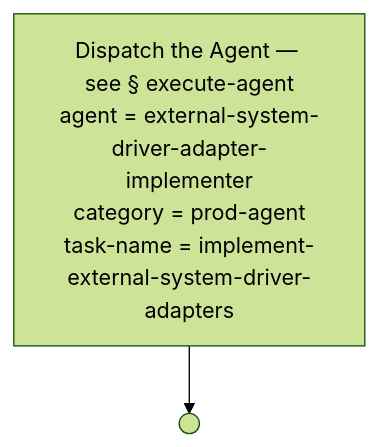
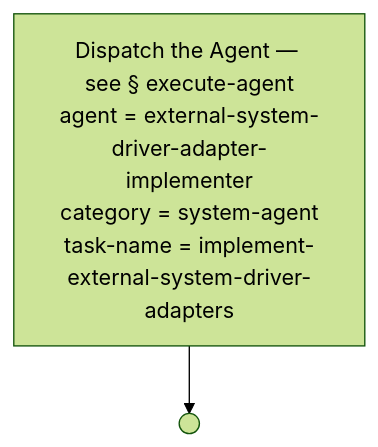
One commit to optivem/gh-optivem changed diagram 29 of 54 in docs/process-diagram.md. Above: the diagram before and after it, drawn with Mermaid (forest theme). The commit also changed other lines of this file and 12 other files, not shown here.

Commit message:
atdd: regenerate process-flow diagram

````diff
--- a/docs/process-diagram.md
+++ b/docs/process-diagram.md
@@ -602,7 +602,7 @@
 ```mermaid
 flowchart TD
-    EXECUTE_AGENT["Dispatch the Agent — see § execute-agent<br/>agent = external-system-driver-adapter-implementer<br/>category = prod-agent<br/>task-name = implement-external-system-driver-adapters"]
+    EXECUTE_AGENT["Dispatch the Agent — see § execute-agent<br/>agent = external-system-driver-adapter-implementer<br/>category = system-agent<br/>task-name = implement-external-system-driver-adapters"]
     IMPL_EXT_DA_END(( ))
 
     EXECUTE_AGENT --> IMPL_EXT_DA_END
 ```
````
